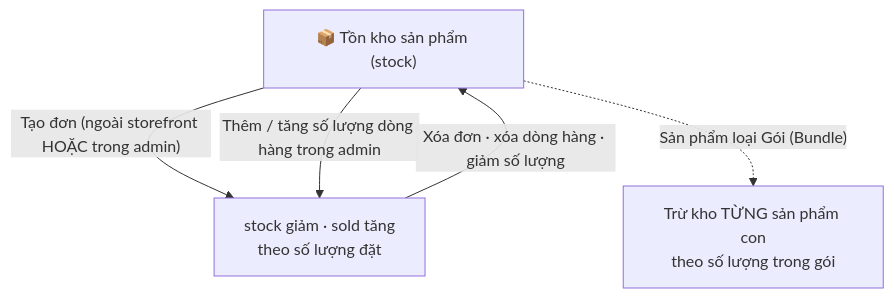
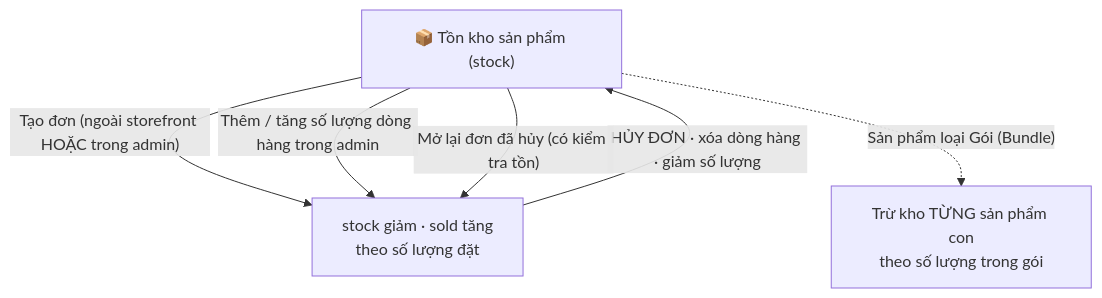
The diagram in s-cart/product-stock-management_vi.md (gp247net/gp247-docs), drawn with Mermaid before and after one commit. The commit also changed other lines of this file and 7 other files, not shown here.

````diff
--- a/s-cart/product-stock-management_vi.md
+++ b/s-cart/product-stock-management_vi.md
@@ -25,8 +25,9 @@
 ```mermaid
 flowchart TD
     A["📦 Tồn kho sản phẩm (stock)"]
     A -->|"Tạo đơn (ngoài storefront HOẶC trong admin)"| B["stock giảm · sold tăng<br/>theo số lượng đặt"]
     A -->|"Thêm / tăng số lượng dòng hàng trong admin"| B
-    B -->|"Xóa đơn · xóa dòng hàng · giảm số lượng"| A
+    B -->|"HỦY ĐƠN · xóa dòng hàng · giảm số lượng"| A
+    A -->|"Mở lại đơn đã hủy (có kiểm tra tồn)"| B
     A -.->|"Sản phẩm loại Gói (Bundle)"| C["Trừ kho TỪNG sản phẩm con<br/>theo số lượng trong gói"]
 ```
````
